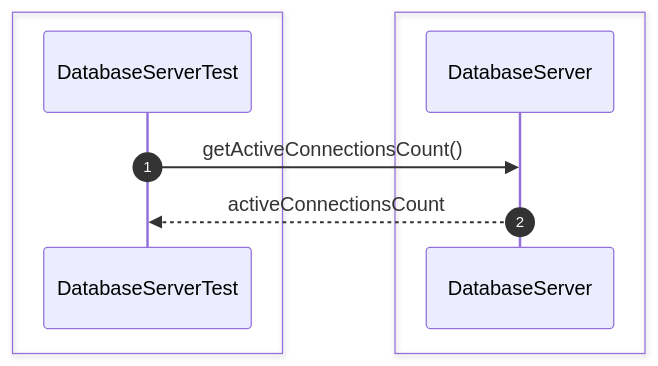
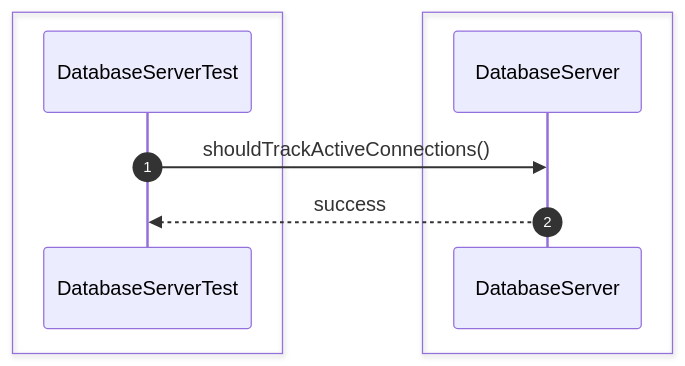
Before and after one commit to Huy1801214/dbms-architecture: the eighth of 44 diagrams in src/sequence/db-server.md, drawn with Mermaid. The commit also changed other lines of this file and 68 other files, not shown here.

Commit message:
implement comprehensive unit test suite and architectural sequence documentation

````diff
--- a/src/sequence/db-server.md
+++ b/src/sequence/db-server.md
@@ -142,14 +111,13 @@
 ```mermaid
 sequenceDiagram
     autonumber
-
     box #e1f5fe Test Suite
     participant Test as DatabaseServerTest
     end
-    box #e3f2fd Server Managers
-    participant Server as DatabaseServer
+    box #e3f2fd DatabaseServer Component
+    participant DS as DatabaseServer
     end
 
-    Test->>Server: getActiveConnectionsCount()
-    Server-->>Test: activeConnectionsCount
+    Test->>DS: shouldTrackActiveConnections()
+    DS-->>Test: success
 ```
````
